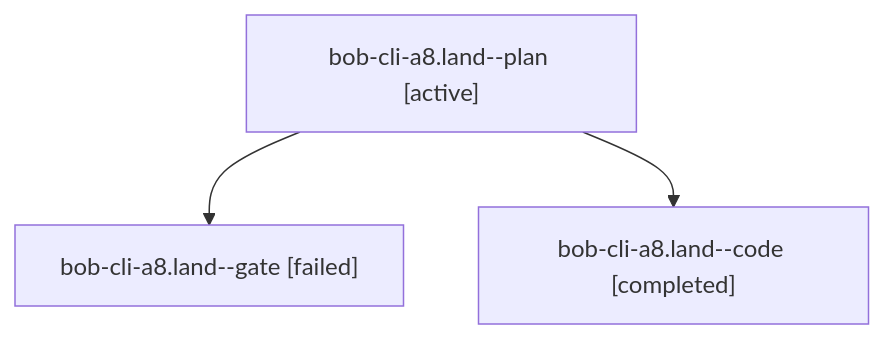
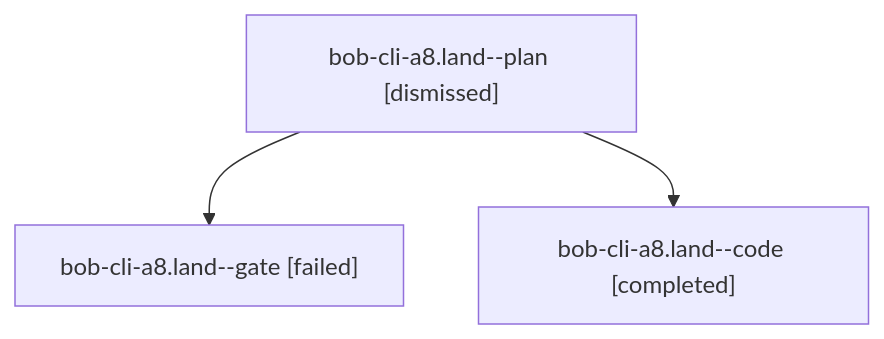
The diagram in sessions/bbugyi200.athena.bob-cli-a8.land.md (bobs-org/bob-cli--agents), drawn with Mermaid before and after one commit. The commit also changed other lines of this file and 73 other files, not shown here.

````diff
--- a/sessions/bbugyi200.athena.bob-cli-a8.land.md
+++ b/sessions/bbugyi200.athena.bob-cli-a8.land.md
@@ -9,8 +9,8 @@
 ```mermaid
 flowchart TD
-  n0["bob-cli-a8.land--plan [active]"]
+  n0["bob-cli-a8.land--plan [dismissed]"]
   n1["bob-cli-a8.land--gate [failed]"]
   n0 --> n1
   n2["bob-cli-a8.land--code [completed]"]
   n0 --> n2
 ```
````
